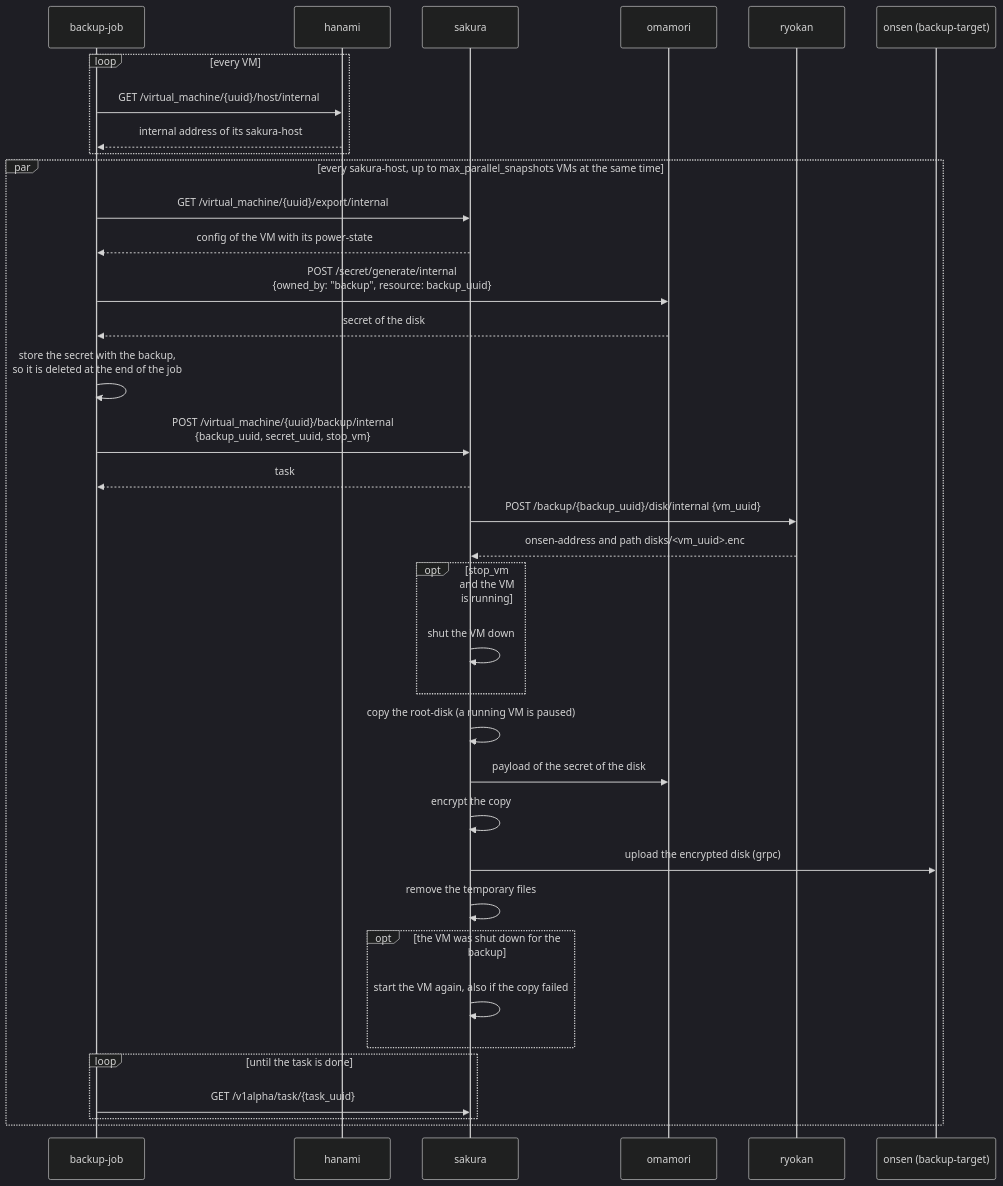
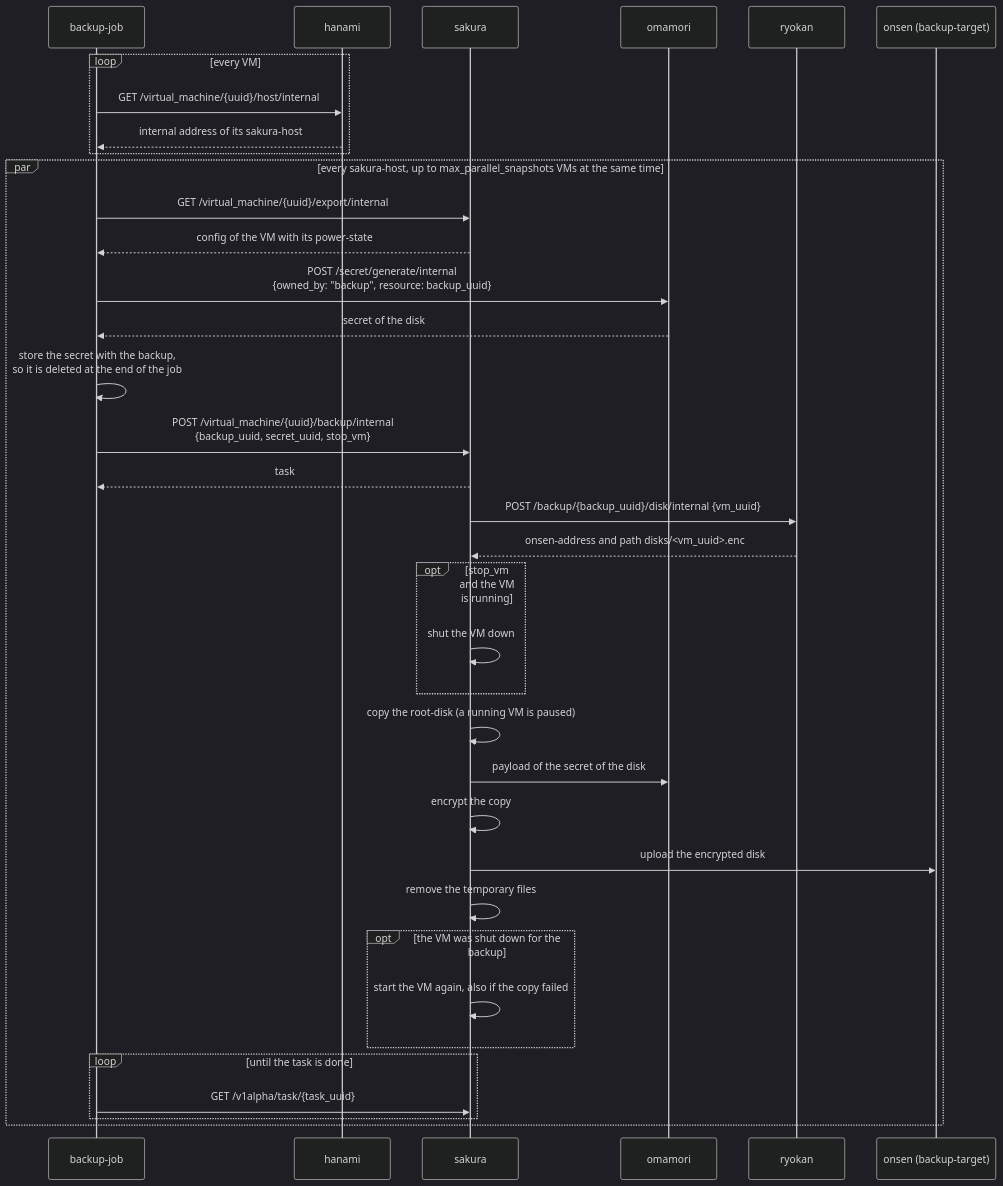
Before and after one commit to kitsudaiki/ainari: the fifth of 6 diagrams in docs/developer/sequence_diagrams/backup_create.md, drawn with Mermaid (dark theme). The commit also changed other lines of this file and 81 other files, not shown here.

````diff
--- a/docs/developer/sequence_diagrams/backup_create.md
+++ b/docs/developer/sequence_diagrams/backup_create.md
@@ -200,39 +200,39 @@
 ```mermaid
 sequenceDiagram
     participant J as backup-job
     participant H as hanami
     participant S as sakura
     participant O as omamori
     participant R as ryokan
     participant ON as onsen (backup-target)
 
     loop every VM
         J->>H: GET /virtual_machine/{uuid}/host/internal
         H-->>J: internal address of its sakura-host
     end
     par every sakura-host, up to max_parallel_snapshots VMs at the same time
         J->>S: GET /virtual_machine/{uuid}/export/internal
         S-->>J: config of the VM with its power-state
         J->>O: POST /secret/generate/internal<br/>{owned_by: "backup", resource: backup_uuid}
         O-->>J: secret of the disk
         J->>J: store the secret with the backup,<br/>so it is deleted at the end of the job
         J->>S: POST /virtual_machine/{uuid}/backup/internal<br/>{backup_uuid, secret_uuid, stop_vm}
         S-->>J: task
         S->>R: POST /backup/{backup_uuid}/disk/internal {vm_uuid}
         R-->>S: onsen-address and path disks/<vm_uuid>.enc
         opt stop_vm and the VM is running
             S->>S: shut the VM down
         end
         S->>S: copy the root-disk (a running VM is paused)
         S->>O: payload of the secret of the disk
         S->>S: encrypt the copy
-        S->>ON: upload the encrypted disk (grpc)
+        S->>ON: upload the encrypted disk
         S->>S: remove the temporary files
         opt the VM was shut down for the backup
             S->>S: start the VM again, also if the copy failed
         end
         loop until the task is done
             J->>S: GET /v1alpha/task/{task_uuid}
         end
     end
 ```
````
